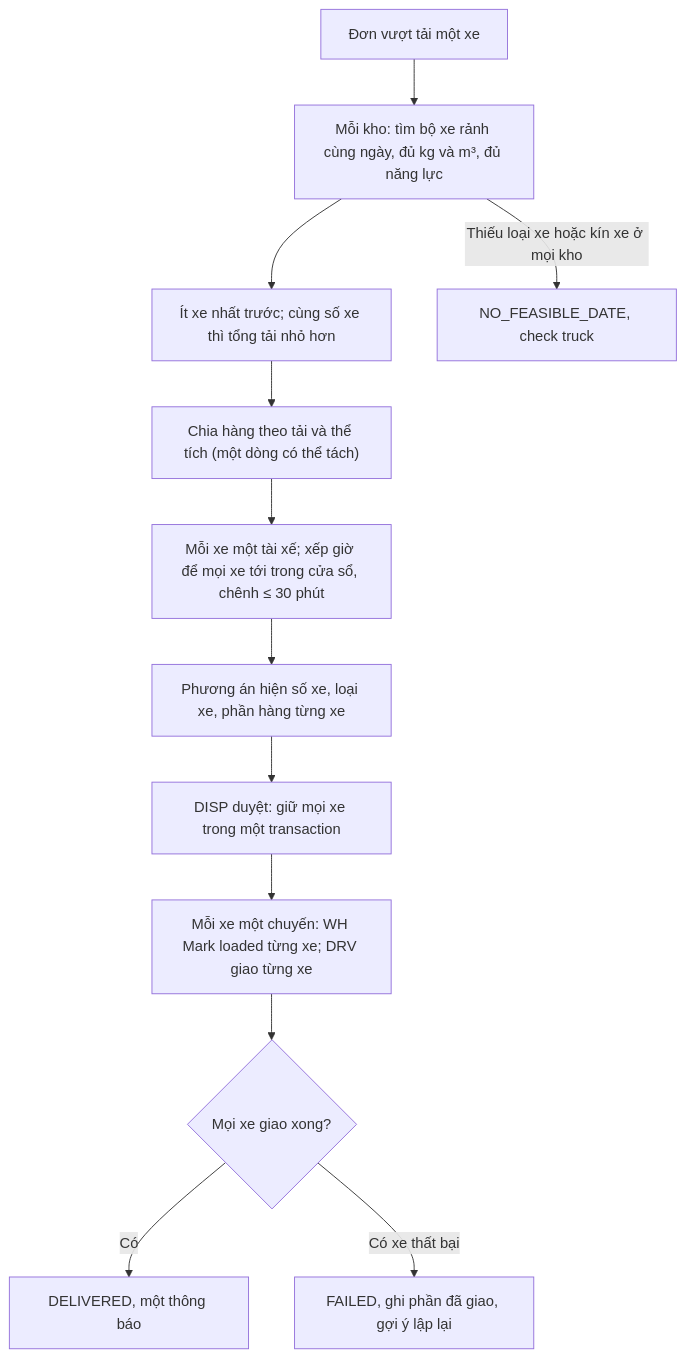
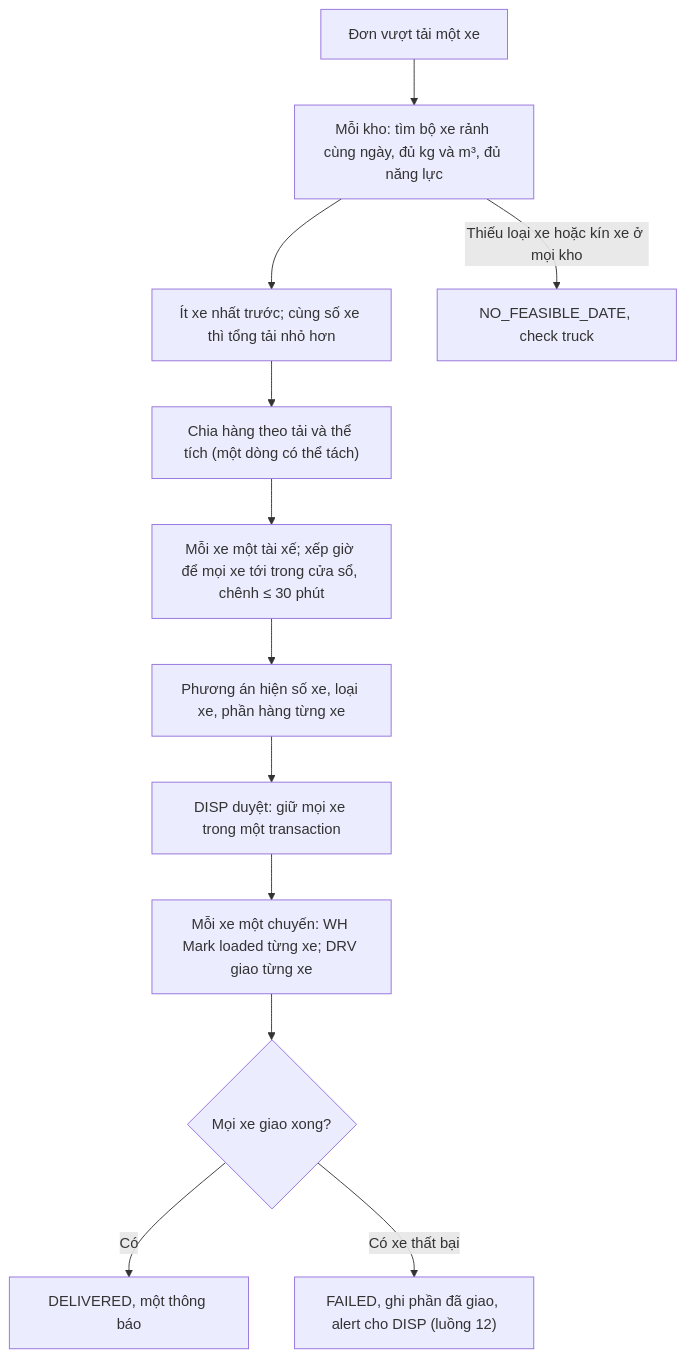
One commit to qaztyhn/cfo-itconsultant changed diagram 11 of 14 in docs/07_User_Flows.md. Above: the diagram before and after it, drawn with Mermaid. The commit also changed other lines of this file and 9 other files, not shown here.

````diff
--- a/docs/07_User_Flows.md
+++ b/docs/07_User_Flows.md
@@ -330,14 +331,14 @@
 ```mermaid
 flowchart TD
   A["Đơn vượt tải một xe"] --> B["Mỗi kho: tìm bộ xe rảnh cùng ngày, đủ kg và m³, đủ năng lực"]
   B --> C["Ít xe nhất trước; cùng số xe thì tổng tải nhỏ hơn"]
   C --> D["Chia hàng theo tải và thể tích (một dòng có thể tách)"]
   D --> E["Mỗi xe một tài xế; xếp giờ để mọi xe tới trong cửa sổ, chênh ≤ 30 phút"]
   E --> F["Phương án hiện số xe, loại xe, phần hàng từng xe"]
   F --> G["DISP duyệt: giữ mọi xe trong một transaction"]
   G --> H["Mỗi xe một chuyến: WH Mark loaded từng xe; DRV giao từng xe"]
   H --> I{"Mọi xe giao xong?"}
   I -- "Có" --> J["DELIVERED, một thông báo"]
-  I -- "Có xe thất bại" --> K["FAILED, ghi phần đã giao, gợi ý lập lại"]
+  I -- "Có xe thất bại" --> K["FAILED, ghi phần đã giao, alert cho DISP (luồng 12)"]
   B -- "Thiếu loại xe hoặc kín xe ở mọi kho" --> L["NO_FEASIBLE_DATE, check truck"]
 ```
````
